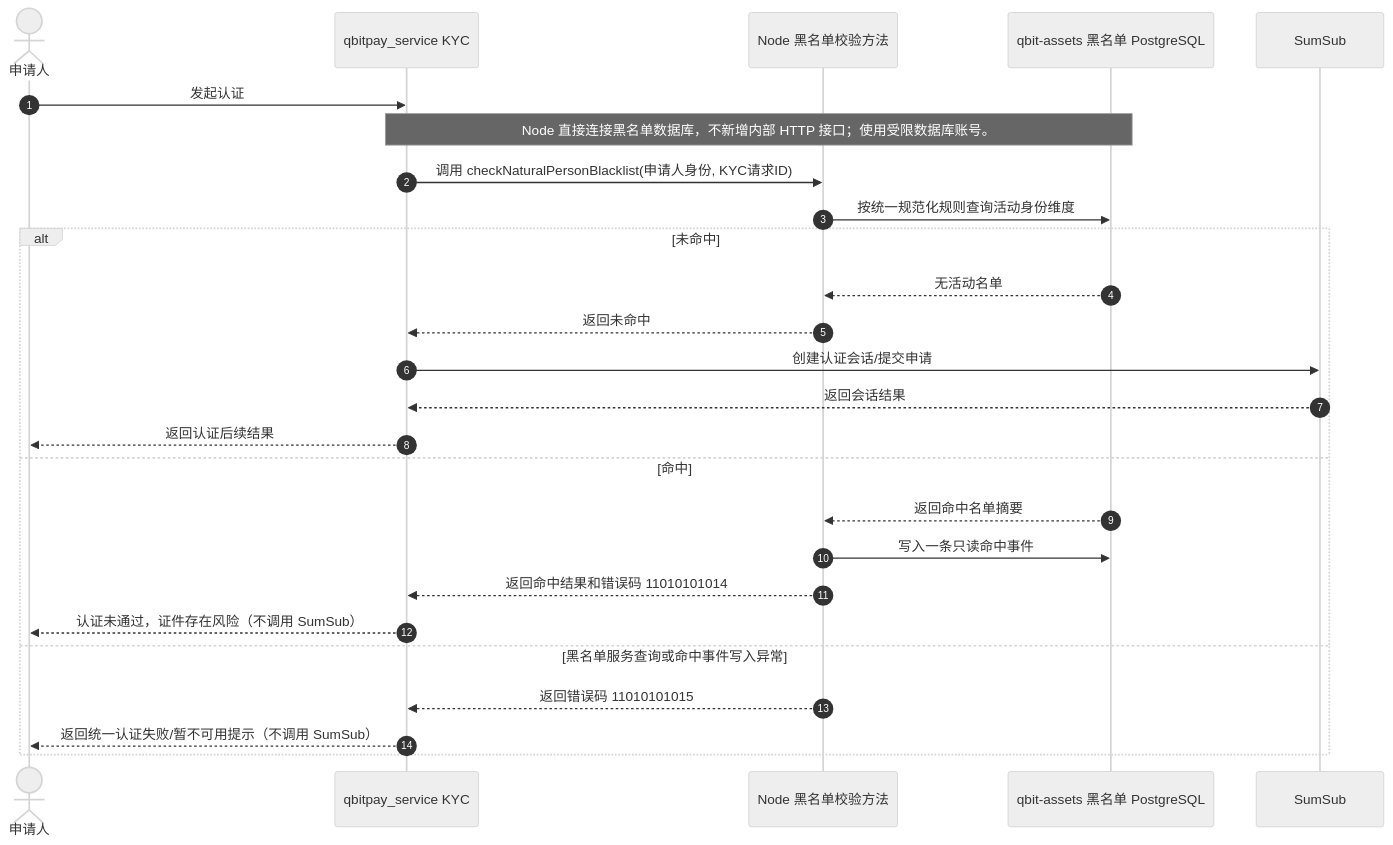
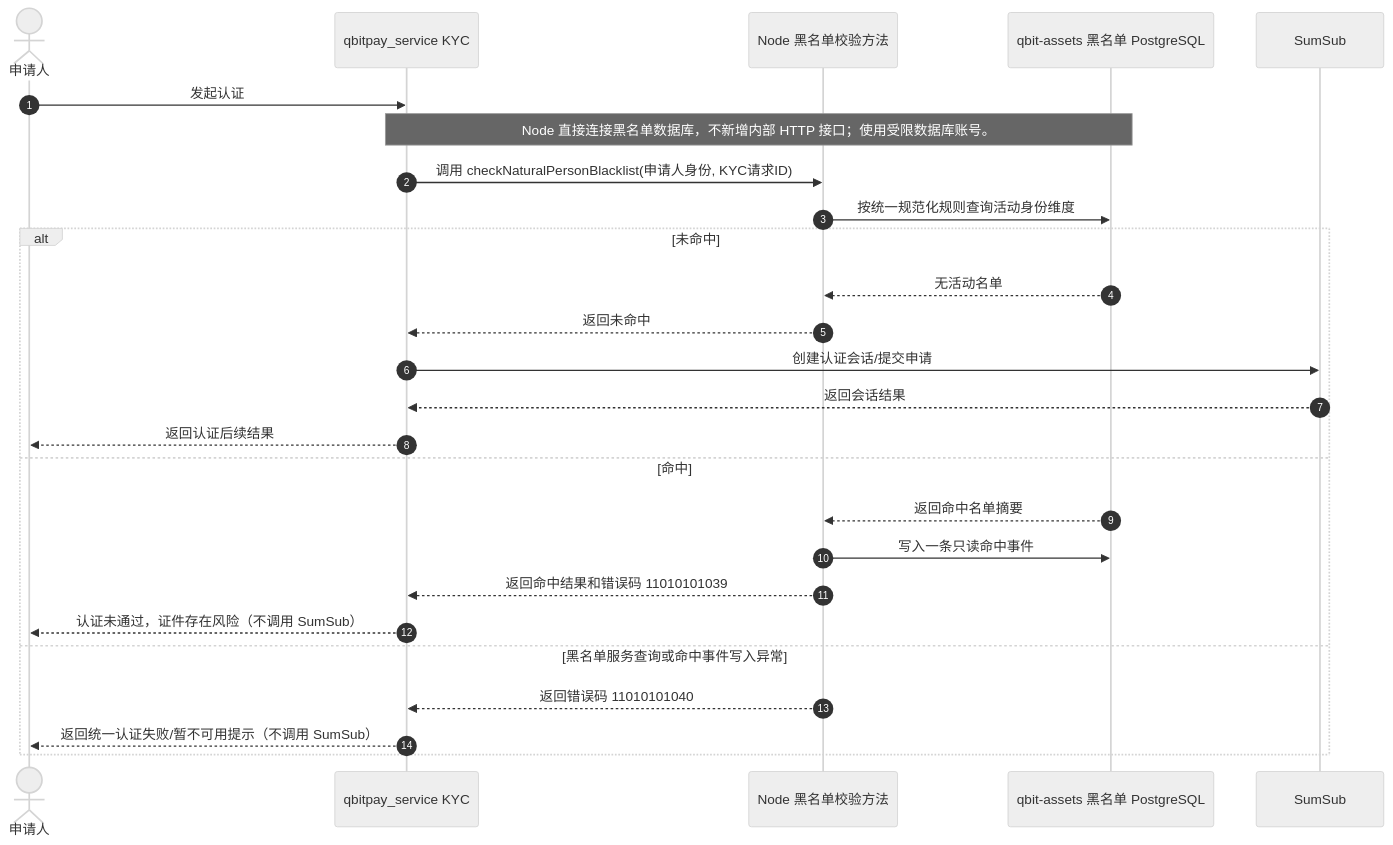
The fourth of 5 diagrams in qbit-assets/sprint-19/自然人黑名单/自然人黑名单-需求分析与开发方案.md (jiangxing110/martin-dev-log), drawn with Mermaid (neutral theme) before and after one commit. The commit also changed other lines of this file and 7 other files, not shown here.

````diff
--- a/qbit-assets/sprint-19/自然人黑名单/自然人黑名单-需求分析与开发方案.md
+++ b/qbit-assets/sprint-19/自然人黑名单/自然人黑名单-需求分析与开发方案.md
@@ -510,29 +510,29 @@
 ```mermaid
 sequenceDiagram
     autonumber
     actor User as 申请人
     participant KYC as qbitpay_service KYC
     participant BL as Node 黑名单校验方法
     participant DB as qbit-assets 黑名单 PostgreSQL
     participant SumSub as SumSub
 
     User->>KYC: 发起认证
     Note over KYC,DB: Node 直接连接黑名单数据库，不新增内部 HTTP 接口；使用受限数据库账号。
     KYC->>BL: 调用 checkNaturalPersonBlacklist(申请人身份, KYC请求ID)
     BL->>DB: 按统一规范化规则查询活动身份维度
     alt 未命中
         DB-->>BL: 无活动名单
         BL-->>KYC: 返回未命中
         KYC->>SumSub: 创建认证会话/提交申请
         SumSub-->>KYC: 返回会话结果
         KYC-->>User: 返回认证后续结果
     else 命中
         DB-->>BL: 返回命中名单摘要
         BL->>DB: 写入一条只读命中事件
-        BL-->>KYC: 返回命中结果和错误码 11010101014
+        BL-->>KYC: 返回命中结果和错误码 11010101039
         KYC-->>User: 认证未通过，证件存在风险（不调用 SumSub）
     else 黑名单服务查询或命中事件写入异常
-        BL-->>KYC: 返回错误码 11010101015
+        BL-->>KYC: 返回错误码 11010101040
         KYC-->>User: 返回统一认证失败/暂不可用提示（不调用 SumSub）
     end
 ```
````
